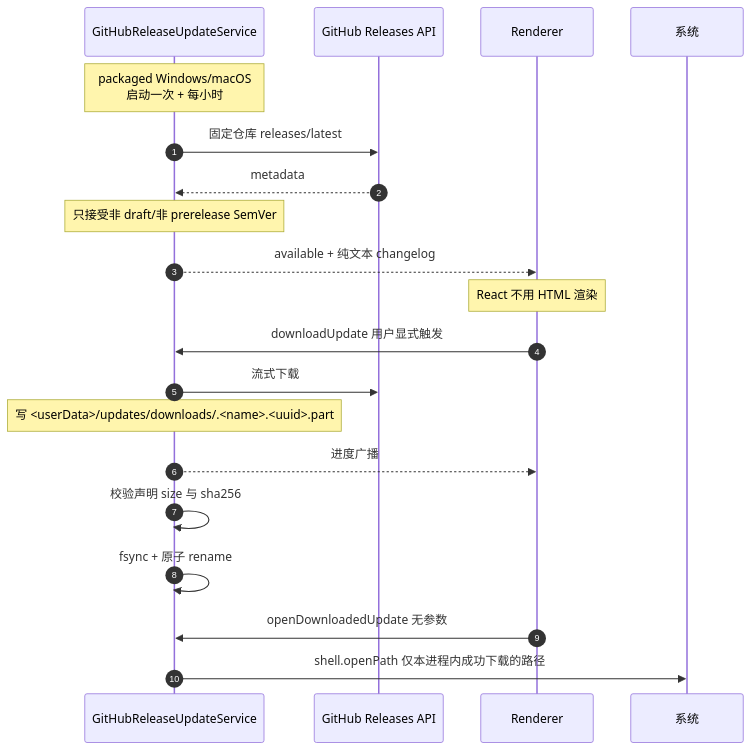
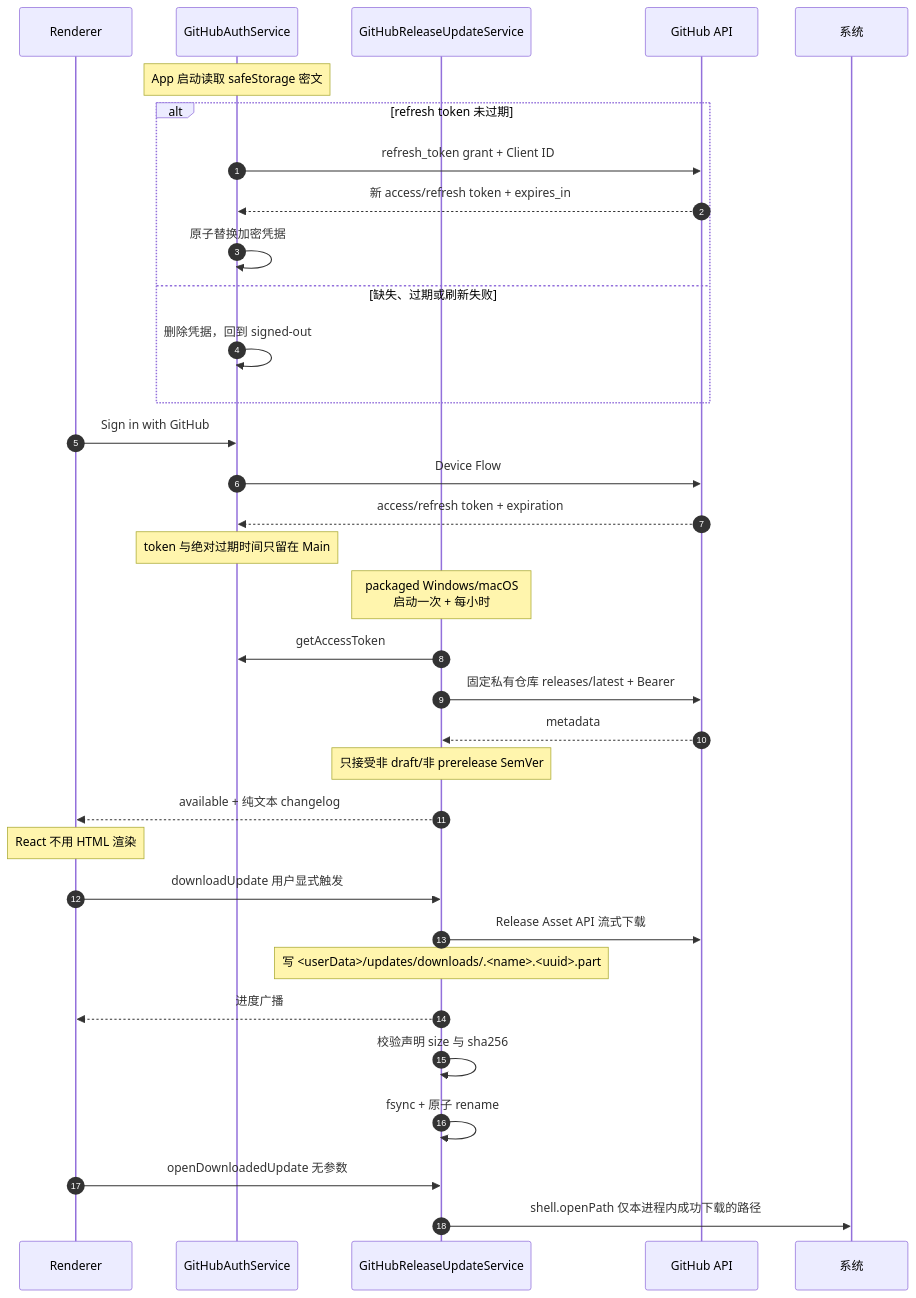
The sixth of 7 diagrams in architecture/features/settings.md (zhxmt-xm/Interceptor), drawn with Mermaid before and after one commit. The commit also changed other lines of this file and 153 other files, not shown here.

````diff
--- a/architecture/features/settings.md
+++ b/architecture/features/settings.md
@@ -262,26 +300,42 @@
 ```mermaid
 sequenceDiagram
     autonumber
+    participant UI as Renderer
+    participant Auth as GitHubAuthService
     participant Main as GitHubReleaseUpdateService
-    participant GH as GitHub Releases API
-    participant UI as Renderer
+    participant GH as GitHub API
     participant Shell as 系统
 
+    Note over Auth: App 启动读取 safeStorage 密文
+    alt refresh token 未过期
+        Auth->>GH: refresh_token grant + Client ID
+        GH-->>Auth: 新 access/refresh token + expires_in
+        Auth->>Auth: 原子替换加密凭据
+    else 缺失、过期或刷新失败
+        Auth->>Auth: 删除凭据，回到 signed-out
+    end
+
+    UI->>Auth: Sign in with GitHub
+    Auth->>GH: Device Flow
+    GH-->>Auth: access/refresh token + expiration
+    Note over Auth: token 与绝对过期时间只留在 Main
+
     Note over Main: packaged Windows/macOS<br/>启动一次 + 每小时
-    Main->>GH: 固定仓库 releases/latest
+    Main->>Auth: getAccessToken
+    Main->>GH: 固定私有仓库 releases/latest + Bearer
     GH-->>Main: metadata
     Note over Main: 只接受非 draft/非 prerelease SemVer
 
     Main-->>UI: available + 纯文本 changelog
     Note over UI: React 不用 HTML 渲染
 
     UI->>Main: downloadUpdate 用户显式触发
-    Main->>GH: 流式下载
+    Main->>GH: Release Asset API 流式下载
     Note over Main: 写 <userData>/updates/downloads/.<name>.<uuid>.part
     Main-->>UI: 进度广播
     Main->>Main: 校验声明 size 与 sha256
     Main->>Main: fsync + 原子 rename
 
     UI->>Main: openDownloadedUpdate 无参数
     Main->>Shell: shell.openPath 仅本进程内成功下载的路径
 ```
````
